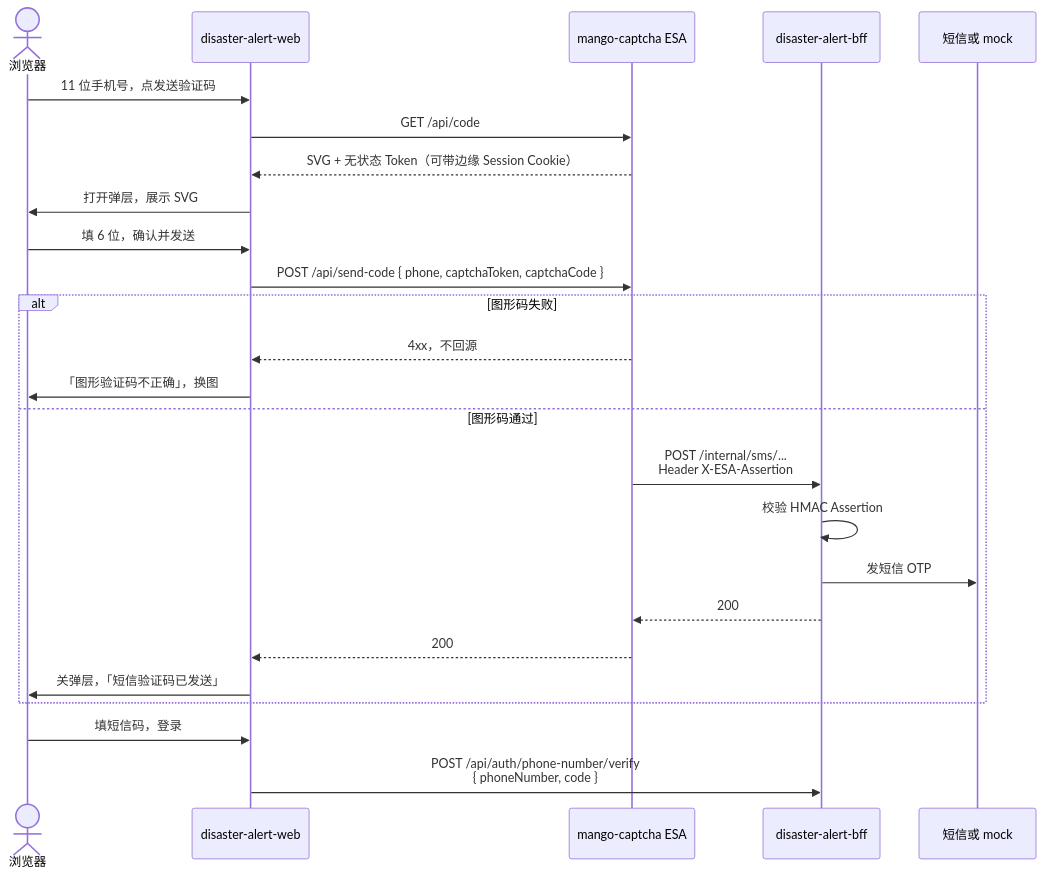
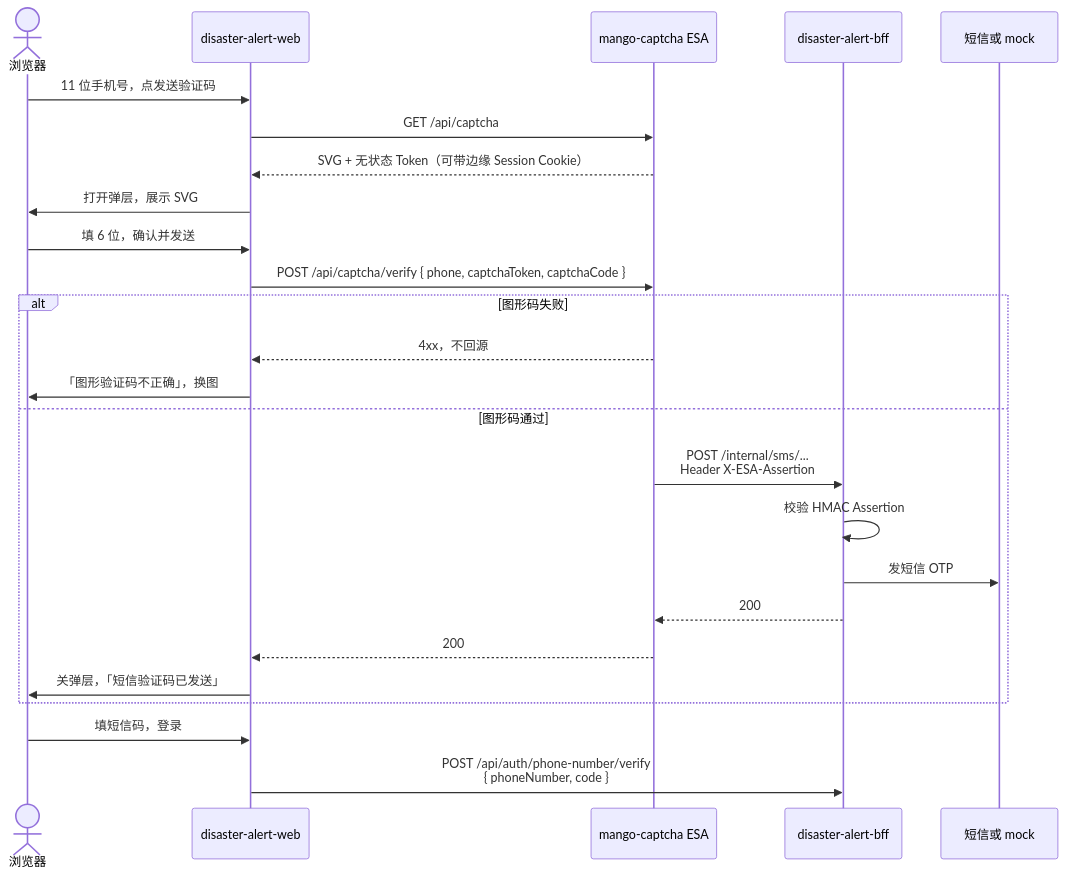
Before and after one commit to luyi2008/disaster-alert-web: the diagram in docs/superpowers/specs/2026-09-08-login-captcha-tech.md, drawn with Mermaid. The commit also changed other lines of this file and 9 other files, not shown here.

First line of the commit message:
fix: point login captcha at /api/captcha and /api/captcha/verify (#36)

````diff
--- a/docs/superpowers/specs/2026-09-08-login-captcha-tech.md
+++ b/docs/superpowers/specs/2026-09-08-login-captcha-tech.md
@@ -34,28 +34,28 @@
 ```mermaid
 sequenceDiagram
   actor U as 浏览器
   participant W as disaster-alert-web
   participant E as mango-captcha ESA
   participant B as disaster-alert-bff
   participant S as 短信或 mock
 
   U->>W: 11 位手机号，点发送验证码
-  W->>E: GET /api/code
+  W->>E: GET /api/captcha
   E-->>W: SVG + 无状态 Token（可带边缘 Session Cookie）
   W->>U: 打开弹层，展示 SVG
   U->>W: 填 6 位，确认并发送
-  W->>E: POST /api/send-code { phone, captchaToken, captchaCode }
+  W->>E: POST /api/captcha/verify { phone, captchaToken, captchaCode }
   alt 图形码失败
     E-->>W: 4xx，不回源
     W->>U: 「图形验证码不正确」，换图
   else 图形码通过
     E->>B: POST /internal/sms/...<br/>Header X-ESA-Assertion
     B->>B: 校验 HMAC Assertion
     B->>S: 发短信 OTP
     B-->>E: 200
     E-->>W: 200
     W->>U: 关弹层，「短信验证码已发送」
   end
   U->>W: 填短信码，登录
   W->>B: POST /api/auth/phone-number/verify<br/>{ phoneNumber, code }
 ```
````
